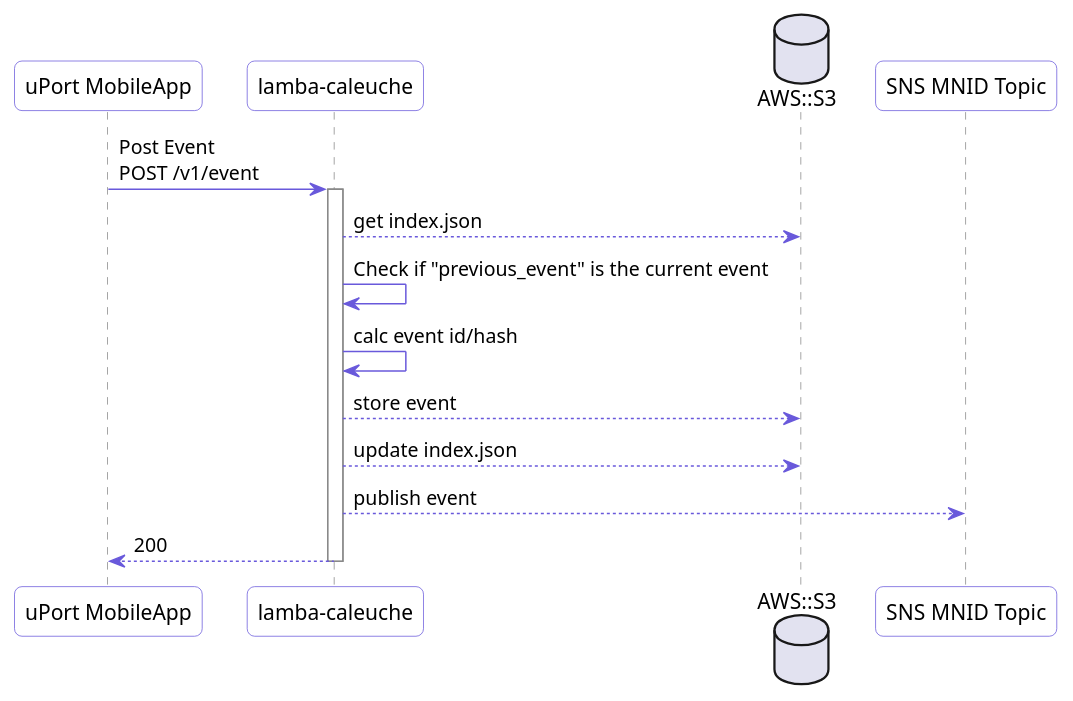
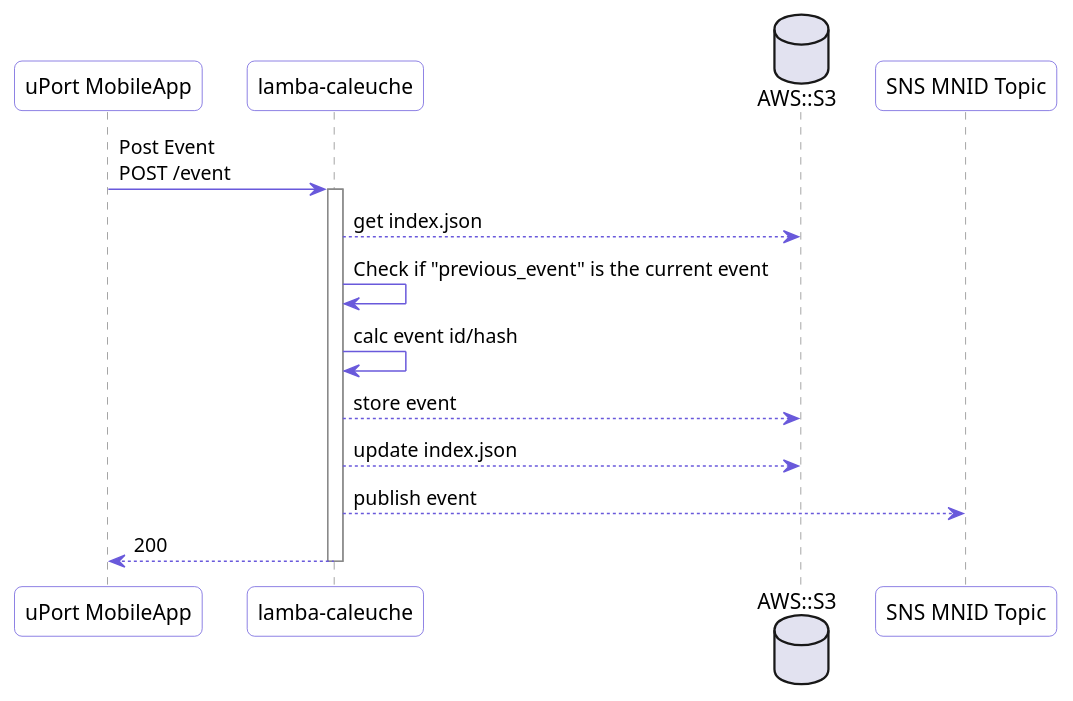
The diagram in diagrams/puml/v1.event_post.seq.puml (uport-project/lambda-caleuche), drawn with PlantUML before and after one commit. The commit also changed 11 other files, not shown here.

```diff
--- a/diagrams/puml/v1.event_post.seq.puml
+++ b/diagrams/puml/v1.event_post.seq.puml
@@ -1,51 +1,51 @@
 @startuml v1.event_post.seq
 skinparam roundcorner 10
 skinparam BoxPadding 10
 skinparam headerFontColor #6959DB
 skinparam headerFontSize 18
 skinparam sequence {
   ArrowColor #6959DB
   GroupBackgroundColor #6959DB
   GroupBorderColor #EDECFF
   GroupHeaderFontColor #ffffff
   BoxBorderColor #6959DB
   BoxBackgroundColor #EDECFF
   BoxPadding 10
 
   ParticipantBorderColor #6959DB
   ParticipantBackgroundColor #ffffff
   ParticipantPadding 10
 
   ActorBorderColor #6959DB
   ActorBackgroundColor #ffffff
   EntityBorderColor #6959DB
   EntityBackgroundColor #ffffff
   DatabaseBorderColor #6959DB
   DatabaseBackgroundColor #ffffff
 
   LifeLineBorderColor #878787
 }
 
 
 
 participant "uPort MobileApp" as uPortMobileApp
 participant "lamba-caleuche" as lambda
 database "AWS::S3" as S3
 participant "SNS MNID Topic" as SNS
 
-uPortMobileApp -> lambda: Post Event\nPOST /v1/event
+uPortMobileApp -> lambda: Post Event\nPOST /event
 activate lambda
 lambda --> S3: get index.json
 lambda -> lambda: Check if "previous_event" is the current event
 lambda -> lambda: calc event id/hash
 lambda --> S3: store event
 lambda --> S3: update index.json
 lambda --> SNS: publish event
 
 lambda --> uPortMobileApp: 200
 deactivate lambda
 
 
 
 
 @enduml
```
